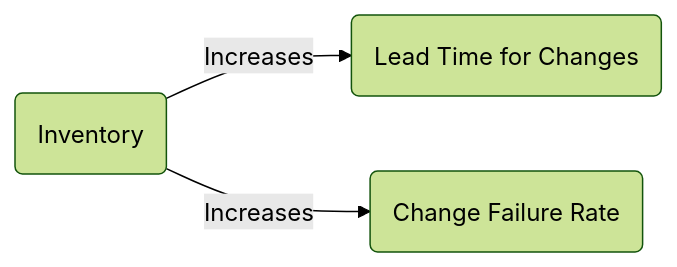
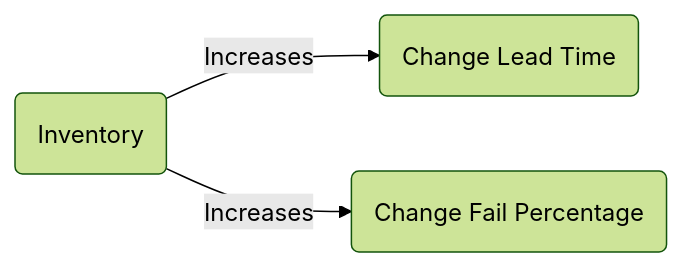
The second of 10 diagrams in docs/blog/posts/modern-software-delivery.md (matthew-shaw/matthew-shaw.github.io), drawn with Mermaid (forest theme) before and after one commit. The commit also changed other lines of this file, not shown here.

````diff
--- a/docs/blog/posts/modern-software-delivery.md
+++ b/docs/blog/posts/modern-software-delivery.md
@@ -98,6 +98,6 @@
 ```mermaid
 flowchart LR
     inventory(Inventory) -- Increases -->
-    LTC(Lead Time for Changes)
-    inventory -- Increases --> CFR(Change Failure Rate)
+    LTC(Change Lead Time)
+    inventory -- Increases --> CFR(Change Fail Percentage)
 ```
````
